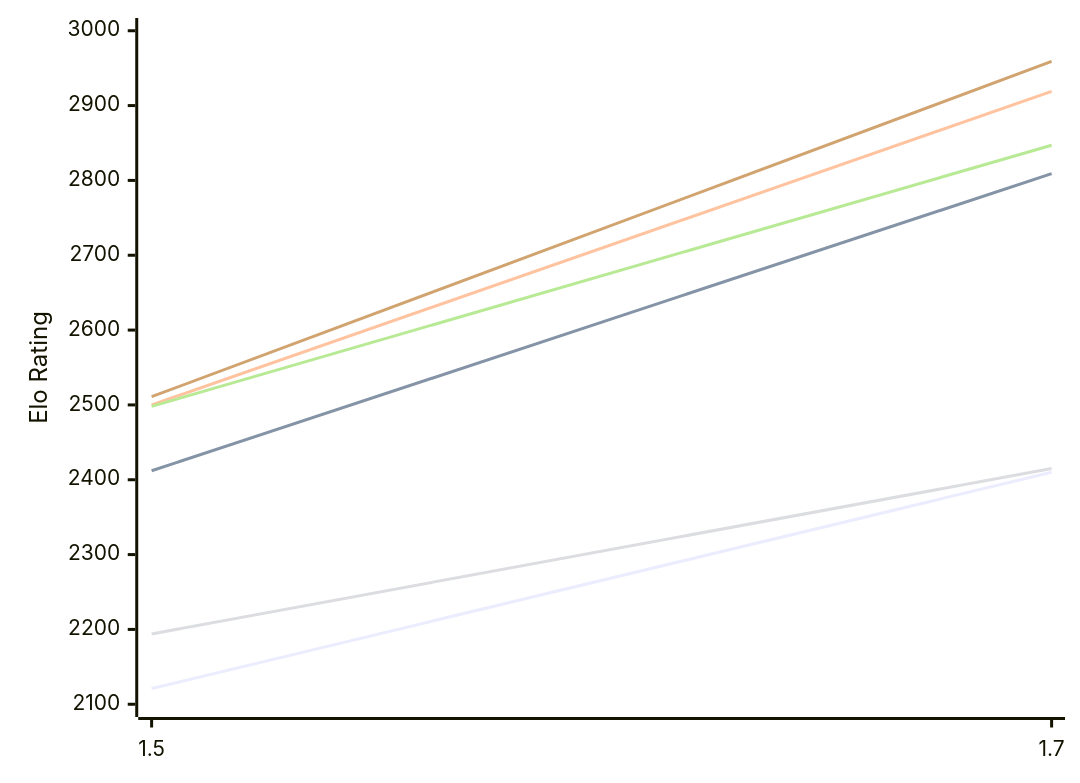
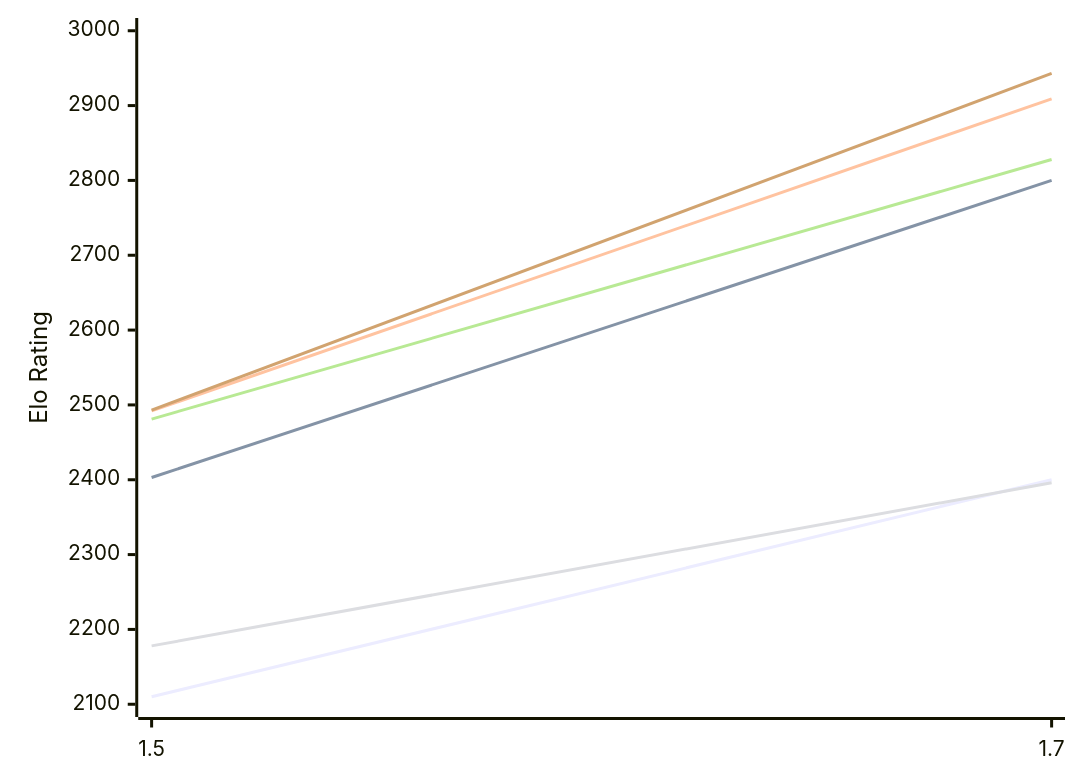
The first of 2 diagrams in engines/Facon.md (computer-chess-index/cci), drawn with Mermaid before and after one commit. The commit also changed other lines of this file, not shown here.

Commit message:
Update CCI Ratings (ELO VLTC) - 2026-11-02

````diff
--- a/engines/Facon.md
+++ b/engines/Facon.md
@@ -52,12 +52,12 @@
 ```mermaid
 %%{init: {"theme":"base","themeVariables":{"seriesColors:['#a3a3a3','#222221','#faa371']}}}%%
 xychart-beta
   x-axis ["1.5", "1.7"]
   y-axis "Elo Rating" 2100 --> 3000
-  line "E1: STC (8.0+0.08s)" [2121, 2410]
-  line "E1: LTC (60.0+0.60s)" [2412, 2809]
-  line "E1: VLTC (2m24s+1.12s)" [2500, 2919]
-  line "P1: STC (8.0+0.08s)" [2194, 2415]
-  line "P1: LTC (60.0+0.60s)" [2498, 2847]
-  line "P1: VLTC (2m24s+1.12s)" [2511, 2959]
+  line "E1: STC (8.0+0.08s)" [2110, 2400]
+  line "E1: LTC (60.0+0.60s)" [2403, 2800]
+  line "E1: VLTC (2m24s+1.12s)" [2492, 2909]
+  line "P1: STC (8.0+0.08s)" [2178, 2396]
+  line "P1: LTC (60.0+0.60s)" [2481, 2828]
+  line "P1: VLTC (2m24s+1.12s)" [2493, 2943]
 ```
````
